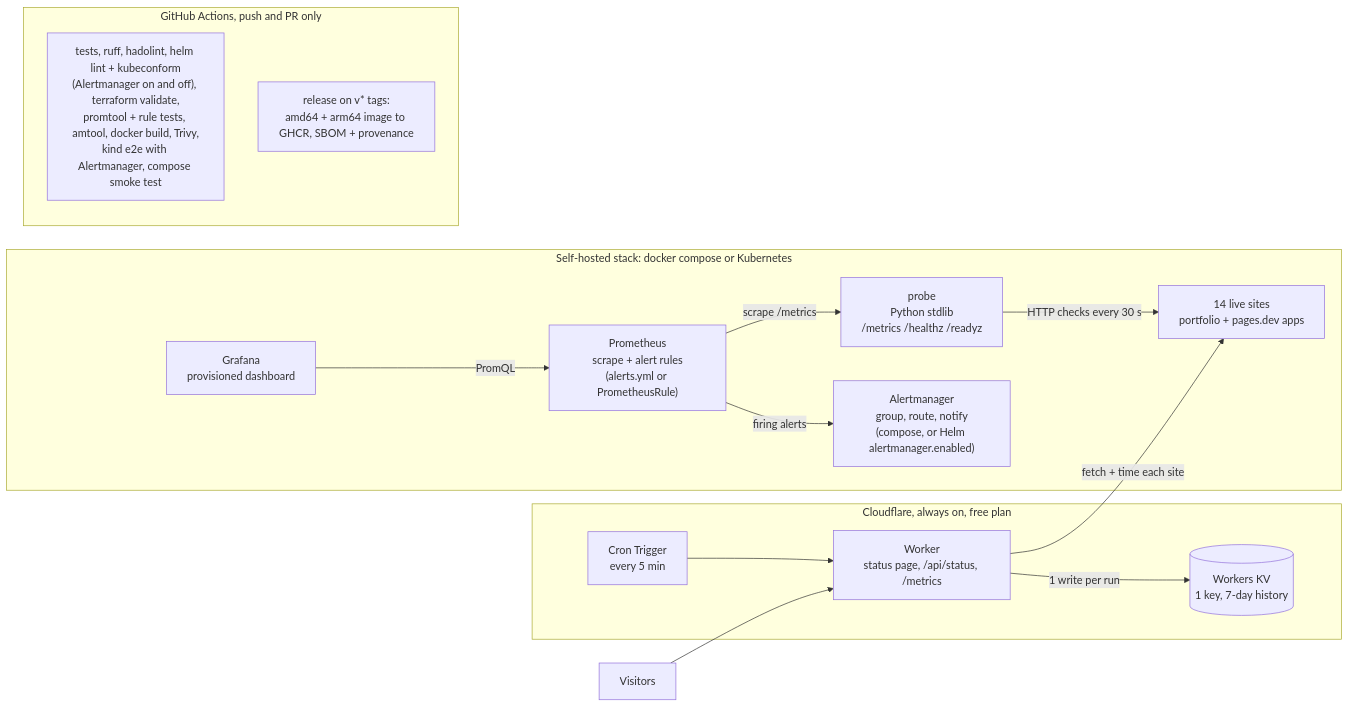
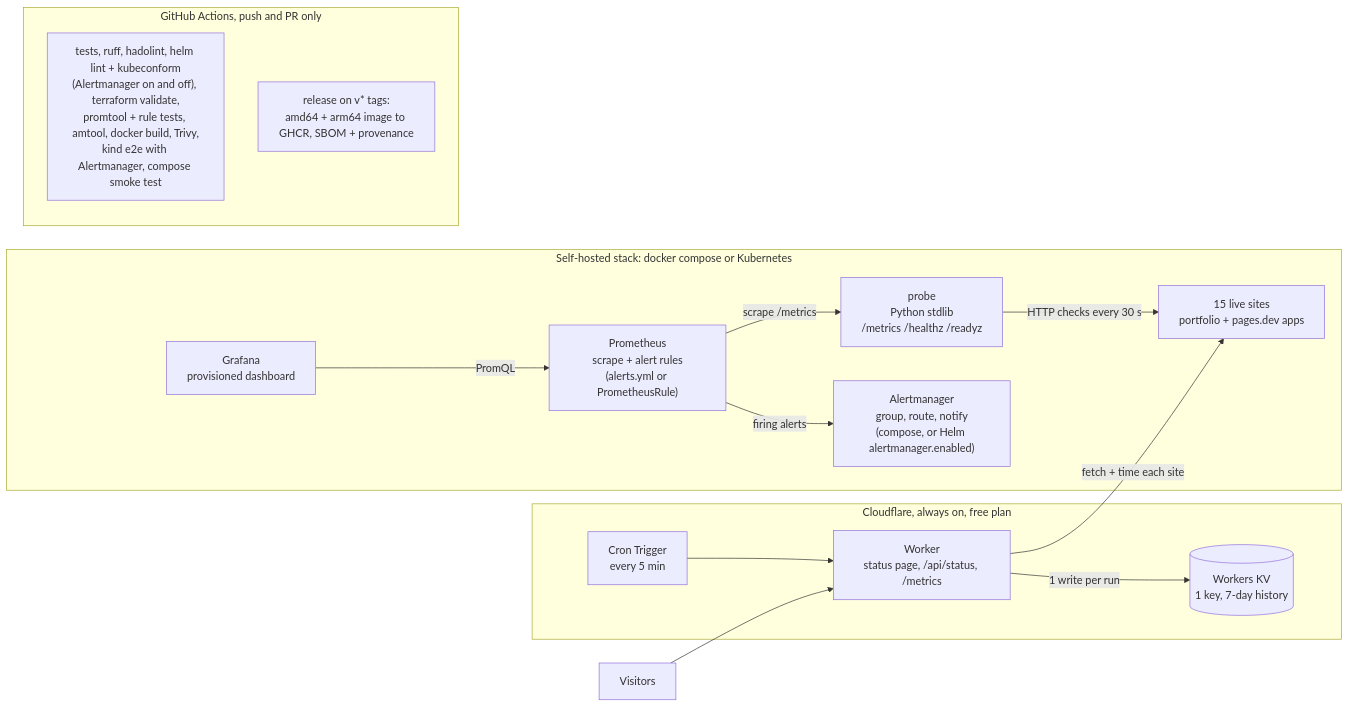
One commit to naniiic137/fleetwatch changed the first of 2 diagrams in README.md. Above: the diagram before and after it, drawn with Mermaid. The commit also changed other lines of this file and 6 other files, not shown here.

````diff
--- a/README.md
+++ b/README.md
@@ -18,31 +18,31 @@
 ```mermaid
 flowchart LR
-    sites["14 live sites<br/>portfolio + pages.dev apps"]
+    sites["15 live sites<br/>portfolio + pages.dev apps"]
 
     subgraph local["Self-hosted stack: docker compose or Kubernetes"]
         probe["probe<br/>Python stdlib<br/>/metrics /healthz /readyz"]
         prom["Prometheus<br/>scrape + alert rules<br/>(alerts.yml or PrometheusRule)"]
         am["Alertmanager<br/>group, route, notify<br/>(compose, or Helm alertmanager.enabled)"]
         graf["Grafana<br/>provisioned dashboard"]
         probe -- "HTTP checks every 30 s" --> sites
         prom -- "scrape /metrics" --> probe
         prom -- "firing alerts" --> am
         graf -- "PromQL" --> prom
     end
 
     subgraph cf["Cloudflare, always on, free plan"]
         cron["Cron Trigger<br/>every 5 min"]
         worker["Worker<br/>status page, /api/status, /metrics"]
         kv[("Workers KV<br/>1 key, 7-day history")]
         cron --> worker
         worker -- "fetch + time each site" --> sites
         worker -- "1 write per run" --> kv
     end
 
     visitors["Visitors"] --> worker
 
     subgraph gha["GitHub Actions, push and PR only"]
         ci["tests, ruff, hadolint, helm lint + kubeconform<br/>(Alertmanager on and off), terraform validate,<br/>promtool + rule tests, amtool, docker build, Trivy,<br/>kind e2e with Alertmanager, compose smoke test"]
         rel["release on v* tags:<br/>amd64 + arm64 image to GHCR, SBOM + provenance"]
     end
 ```
````
